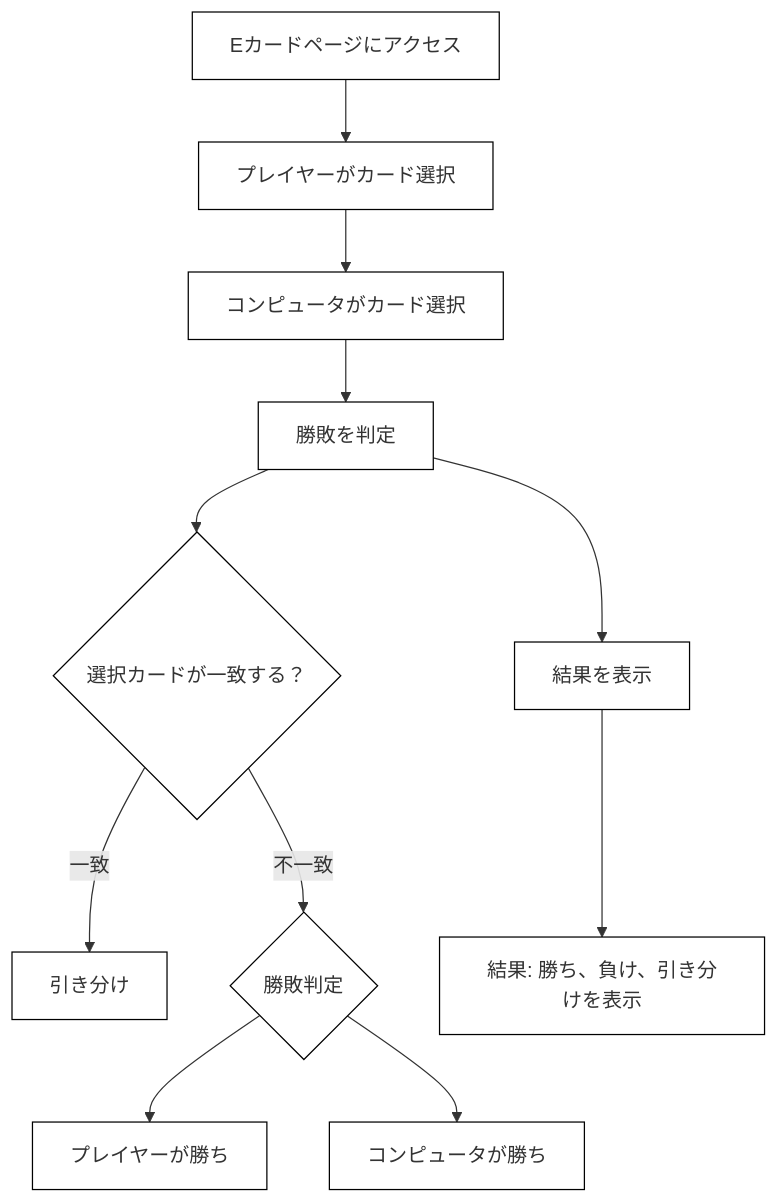
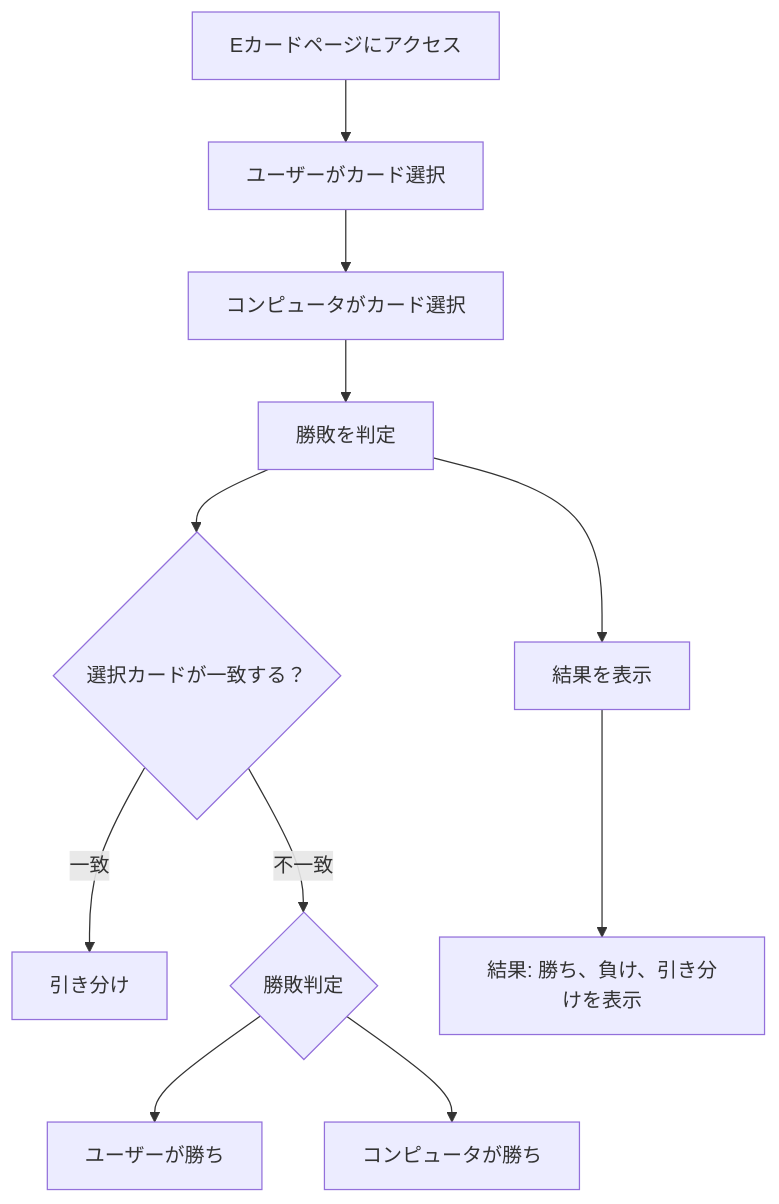
Before and after one commit to watanabe10GOD/webpro_06: the second of 3 diagrams in README.md, drawn with Mermaid. The commit also changed other lines of this file, not shown here.

````diff
--- a/README.md
+++ b/README.md
@@ -36,31 +65,18 @@
 ```mermaid
 flowchart TD;
 
-    A[Eカードページにアクセス] --> B[プレイヤーがカード選択]
+    A[Eカードページにアクセス] --> B[ユーザーがカード選択]
     B --> C[コンピュータがカード選択]
     C --> D[勝敗を判定]
     D --> E[結果を表示]
     
     %% 勝敗判定のロジック
     D --> F{選択カードが一致する？}
     F -->|一致| G[引き分け]
     F -->|不一致| H{勝敗判定}
-    H --> I[プレイヤーが勝ち]
+    H --> I[ユーザーが勝ち]
     H --> J[コンピュータが勝ち]
-    
-    %% 結果の表示
+
     E --> K[結果: 勝ち、負け、引き分けを表示]
 
-    style A fill:#fff,stroke:#000,stroke-width:1px
-    style B fill:#fff,stroke:#000,stroke-width:1px
-    style C fill:#fff,stroke:#000,stroke-width:1px
-    style D fill:#fff,stroke:#000,stroke-width:1px
-    style E fill:#fff,stroke:#000,stroke-width:1px
-    style F fill:#fff,stroke:#000,stroke-width:1px
-    style G fill:#fff,stroke:#000,stroke-width:1px
-    style H fill:#fff,stroke:#000,stroke-width:1px
-    style I fill:#fff,stroke:#000,stroke-width:1px
-    style J fill:#fff,stroke:#000,stroke-width:1px
-    style K fill:#fff,stroke:#000,stroke-width:1px
-
 ```
````
